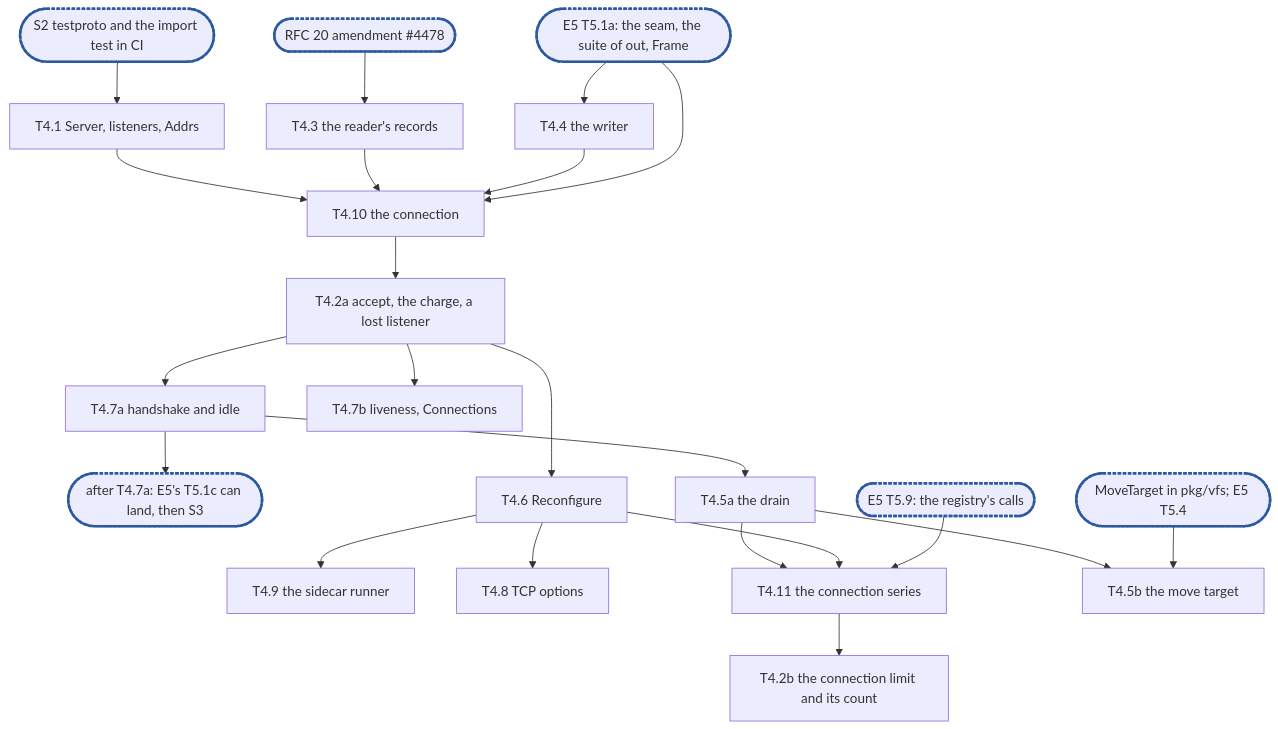
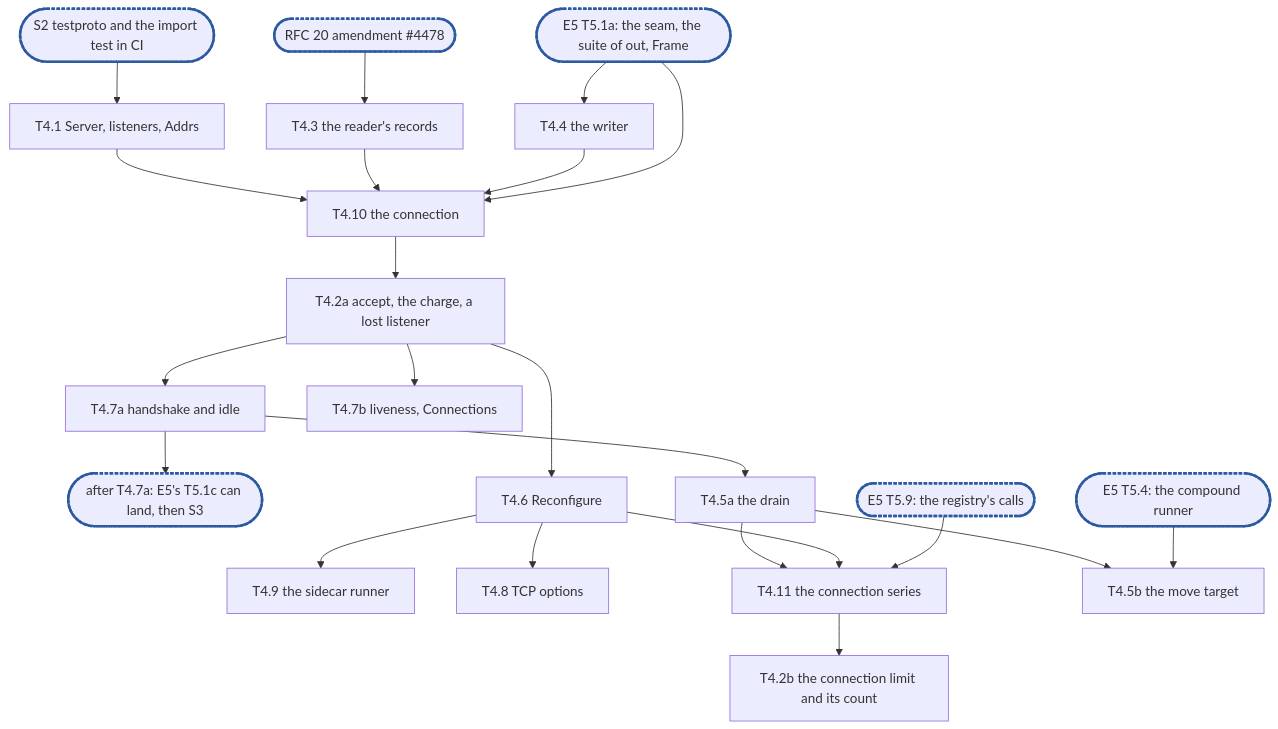
The diagram in docs/internals/planning/rfc-20-adapters-epic4.md (cubbit/dittofs), drawn with Mermaid before and after one commit. The commit also changed other lines of this file and 3 other files, not shown here.

First line of the commit message:
docs(planning): T4.5b builds MoveTarget, its tests as built, testproto's move signal

````diff
--- a/docs/internals/planning/rfc-20-adapters-epic4.md
+++ b/docs/internals/planning/rfc-20-adapters-epic4.md
@@ -1053,25 +1071,25 @@
 ```mermaid
 flowchart TD
   S2(["S2 testproto and the import test in CI"]):::sync --> T4_1["T4.1 Server, listeners, Addrs"]
   A(["RFC 20 amendment #4478"]):::sync --> T4_3["T4.3 the reader's records"]
   T5_1a(["E5 T5.1a: the seam, the suite of out, Frame"]):::sync --> T4_4["T4.4 the writer"]
   T4_1 --> T4_10["T4.10 the connection"]
   T4_3 --> T4_10
   T4_4 --> T4_10
   T5_1a --> T4_10
   T4_10 --> T4_2a["T4.2a accept, the charge, a lost listener"]
   T4_2a --> T4_7a["T4.7a handshake and idle"]
   T4_7a --> C1(["after T4.7a: E5's T5.1c can land, then S3"]):::sync
   T4_7a --> T4_5a["T4.5a the drain"]
   T4_2a --> T4_6["T4.6 Reconfigure"]
   T4_2a --> T4_7b["T4.7b liveness, Connections"]
   T4_6 --> T4_9["T4.9 the sidecar runner"]
   T4_6 --> T4_8["T4.8 TCP options"]
   T4_5a --> T4_11["T4.11 the connection series"]
   T4_6 --> T4_11
   T5_9(["E5 T5.9: the registry's calls"]):::sync --> T4_11
   T4_11 --> T4_2b["T4.2b the connection limit and its count"]
   T4_5a --> T4_5b["T4.5b the move target"]
-  MT(["MoveTarget in pkg/vfs; E5 T5.4"]):::sync --> T4_5b
+  MT(["E5 T5.4: the compound runner"]):::sync --> T4_5b
   classDef sync stroke:#2c5aa0,stroke-width:3px,stroke-dasharray:4 2
 ```
````
